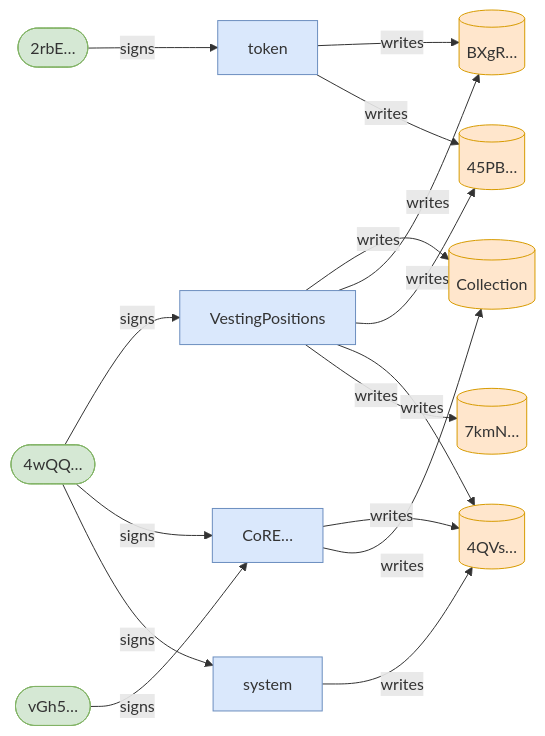
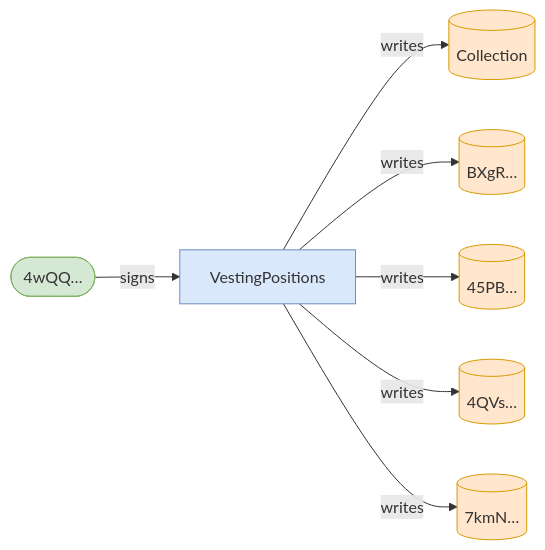
One commit to cds-turbin3/vesting-position changed the second of 3 diagrams in babelfish-tests/test-report/full_release_at_cliff.md. Above: the diagram before and after it, drawn with Mermaid. The commit also changed other lines of this file and 50 other files, not shown here.

````diff
--- a/babelfish-tests/test-report/full_release_at_cliff.md
+++ b/babelfish-tests/test-report/full_release_at_cliff.md
@@ -34,33 +16,19 @@
 ```mermaid
 flowchart LR
     VestingPositions["VestingPositions"]:::program
     4wQQ(["4wQQ…"]):::signer
     Collection[("Collection")]:::state
     BXgR[("BXgR…")]:::state
     45PB[("45PB…")]:::state
     4QVs[("4QVs…")]:::state
     7kmN[("7kmN…")]:::state
-    CoRE["CoRE…"]:::program
-    vGh5(["vGh5…"]):::signer
-    system["system"]:::program
-    token["token"]:::program
-    2rbE(["2rbE…"]):::signer
     4wQQ -->|signs| VestingPositions
     VestingPositions -->|writes| Collection
     VestingPositions -->|writes| BXgR
     VestingPositions -->|writes| 45PB
     VestingPositions -->|writes| 4QVs
     VestingPositions -->|writes| 7kmN
-    CoRE -->|writes| 4QVs
-    CoRE -->|writes| Collection
-    4wQQ -->|signs| CoRE
-    vGh5 -->|signs| CoRE
-    4wQQ -->|signs| system
-    system -->|writes| 4QVs
-    token -->|writes| BXgR
-    token -->|writes| 45PB
-    2rbE -->|signs| token
     classDef program fill:#dae8fc,stroke:#6c8ebf;
     classDef signer fill:#d5e8d4,stroke:#82b366;
     classDef state fill:#ffe6cc,stroke:#d79b00;
 ```
````
